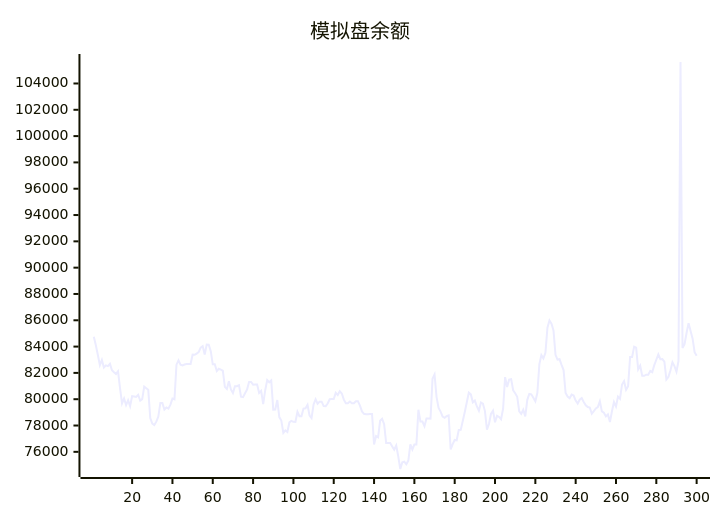
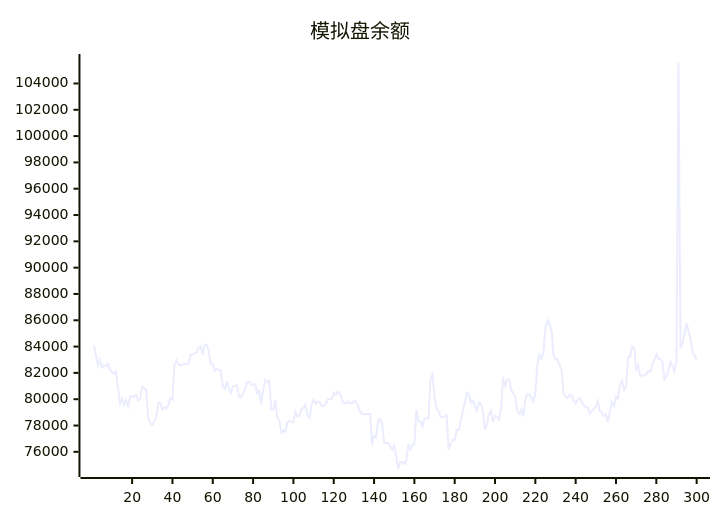
The diagram in README.md (aahl/ai-trading), drawn with Mermaid before and after one commit. The commit also changed other lines of this file and 1 other file, not shown here.

````diff
--- a/README.md
+++ b/README.md
@@ -5,5 +5,5 @@
 ```mermaid
 xychart
     title "模拟盘余额"
-    line [84751,84096,83356,82582,82983,82404,82572,82512,82688,82200,82047,81920,82125,80840,79688,80060,79552,79920,79470,80236,80208,80170,80336,79894,80006,80954,80837,80712,78561,78139,78037,78293,78682,79720,79720,79214,79372,79279,79591,80046,79993,82625,82950,82626,82571,82633,82670,82670,82681,83386,83378,83464,83579,83920,84037,83402,84160,84142,83652,82655,82655,82145,82315,82243,82163,80934,80770,81371,80742,80468,80989,80989,81067,80191,80155,80450,80737,81309,81309,81106,81119,81119,80471,80631,79624,80670,81448,81290,81429,79212,79222,79940,78643,78380,77432,77623,77504,78235,78358,78284,78277,79048,78714,78714,79290,79308,79567,78763,78563,79603,79988,79652,79813,79813,79476,79469,79673,79995,80015,80015,80486,80314,80600,80436,79966,79689,79689,79819,79692,79692,79850,79850,79518,79071,78889,78850,78850,78878,78878,76554,77202,77103,78357,78510,78106,76678,76677,76672,76411,76159,76485,75656,74695,75197,75246,75052,75334,76564,76179,76553,76551,79196,78300,78300,77944,78531,78531,78521,81564,81884,80160,79335,79055,78675,78580,78708,78764,76179,76586,76902,76876,77658,77669,78346,79023,79769,80497,80366,79761,79896,79448,79126,79749,79658,79097,77695,78114,78888,79126,78249,78738,78653,78478,79271,81680,80923,81488,81527,80681,80455,80190,79084,78879,79193,78686,79954,80403,80374,80118,79848,80491,82665,83351,83098,83525,85430,85983,85737,85221,83378,83014,83043,82613,82216,80477,80208,80081,80348,80277,79894,79670,79965,80093,79786,79542,79406,79371,78893,79087,79304,79406,79841,79072,78978,78696,78846,78272,79085,79787,79442,80198,80031,81120,81379,80718,80985,83214,83212,83993,83921,82270,82547,81776,81776,81866,81866,82158,82061,82596,83000,83408,83041,83050,82858,81503,81691,82188,82812,82517,82092,82901,105633,83898,84180,85030,85781,85178,84604,83569,83298]
+    line [84096,83356,82582,82983,82404,82572,82512,82688,82200,82047,81920,82125,80840,79688,80060,79552,79920,79470,80236,80208,80170,80336,79894,80006,80954,80837,80712,78561,78139,78037,78293,78682,79720,79720,79214,79372,79279,79591,80046,79993,82625,82950,82626,82571,82633,82670,82670,82681,83386,83378,83464,83579,83920,84037,83402,84160,84142,83652,82655,82655,82145,82315,82243,82163,80934,80770,81371,80742,80468,80989,80989,81067,80191,80155,80450,80737,81309,81309,81106,81119,81119,80471,80631,79624,80670,81448,81290,81429,79212,79222,79940,78643,78380,77432,77623,77504,78235,78358,78284,78277,79048,78714,78714,79290,79308,79567,78763,78563,79603,79988,79652,79813,79813,79476,79469,79673,79995,80015,80015,80486,80314,80600,80436,79966,79689,79689,79819,79692,79692,79850,79850,79518,79071,78889,78850,78850,78878,78878,76554,77202,77103,78357,78510,78106,76678,76677,76672,76411,76159,76485,75656,74695,75197,75246,75052,75334,76564,76179,76553,76551,79196,78300,78300,77944,78531,78531,78521,81564,81884,80160,79335,79055,78675,78580,78708,78764,76179,76586,76902,76876,77658,77669,78346,79023,79769,80497,80366,79761,79896,79448,79126,79749,79658,79097,77695,78114,78888,79126,78249,78738,78653,78478,79271,81680,80923,81488,81527,80681,80455,80190,79084,78879,79193,78686,79954,80403,80374,80118,79848,80491,82665,83351,83098,83525,85430,85983,85737,85221,83378,83014,83043,82613,82216,80477,80208,80081,80348,80277,79894,79670,79965,80093,79786,79542,79406,79371,78893,79087,79304,79406,79841,79072,78978,78696,78846,78272,79085,79787,79442,80198,80031,81120,81379,80718,80985,83214,83212,83993,83921,82270,82547,81776,81776,81866,81866,82158,82061,82596,83000,83408,83041,83050,82858,81503,81691,82188,82812,82517,82092,82901,105633,83898,84180,85030,85781,85178,84604,83569,83298,83008]
 ```
````
